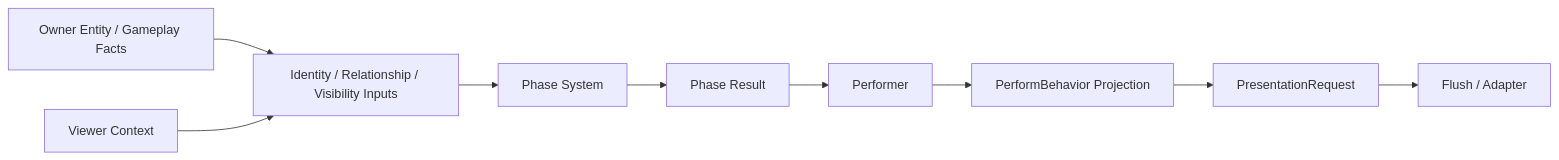
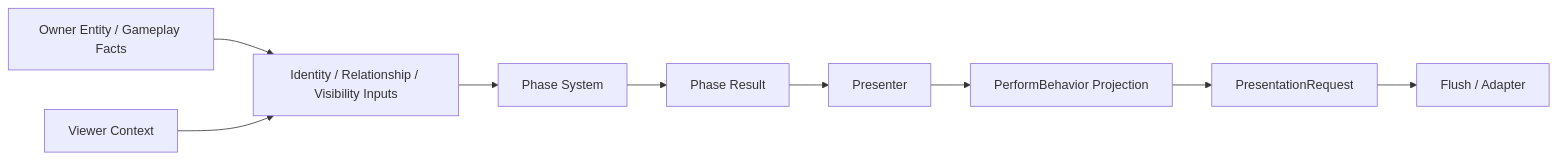
One commit to MightyBubble/Ludots changed the diagram in docs/rfcs/perform-architecture-unification/03_phase_system_design.md. Above: the diagram before and after it, drawn with Mermaid. The commit also changed other lines of this file and 787 other files, not shown here.

Commit message:
chore(presentation): rename performer to presenter

````diff
--- a/docs/rfcs/perform-architecture-unification/03_phase_system_design.md
+++ b/docs/rfcs/perform-architecture-unification/03_phase_system_design.md
@@ -219,11 +219,11 @@
 ```mermaid
 flowchart LR
     A["Owner Entity / Gameplay Facts"] --> B["Identity / Relationship / Visibility Inputs"]
     C["Viewer Context"] --> B
     B --> D["Phase System"]
     D --> E["Phase Result"]
-    E --> F["Performer"]
+    E --> F["Presenter"]
     F --> G["PerformBehavior Projection"]
     G --> H["PresentationRequest"]
     H --> I["Flush / Adapter"]
 ```
````
